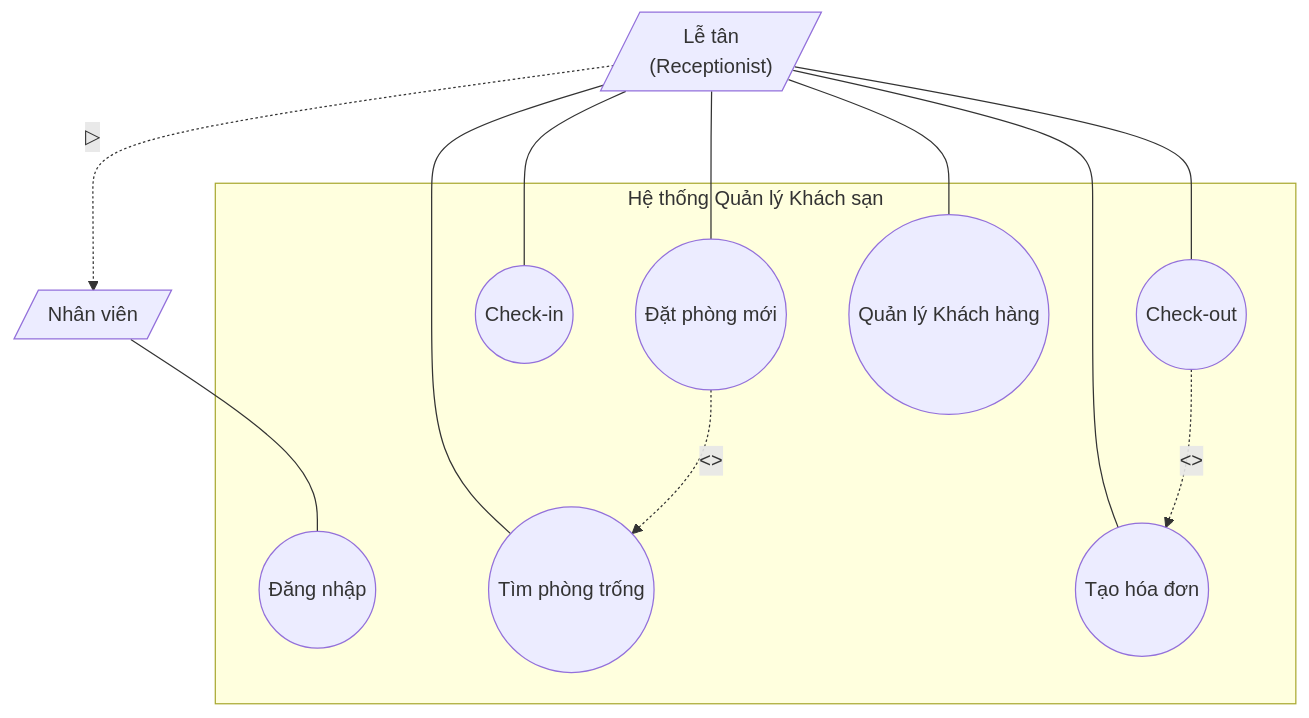
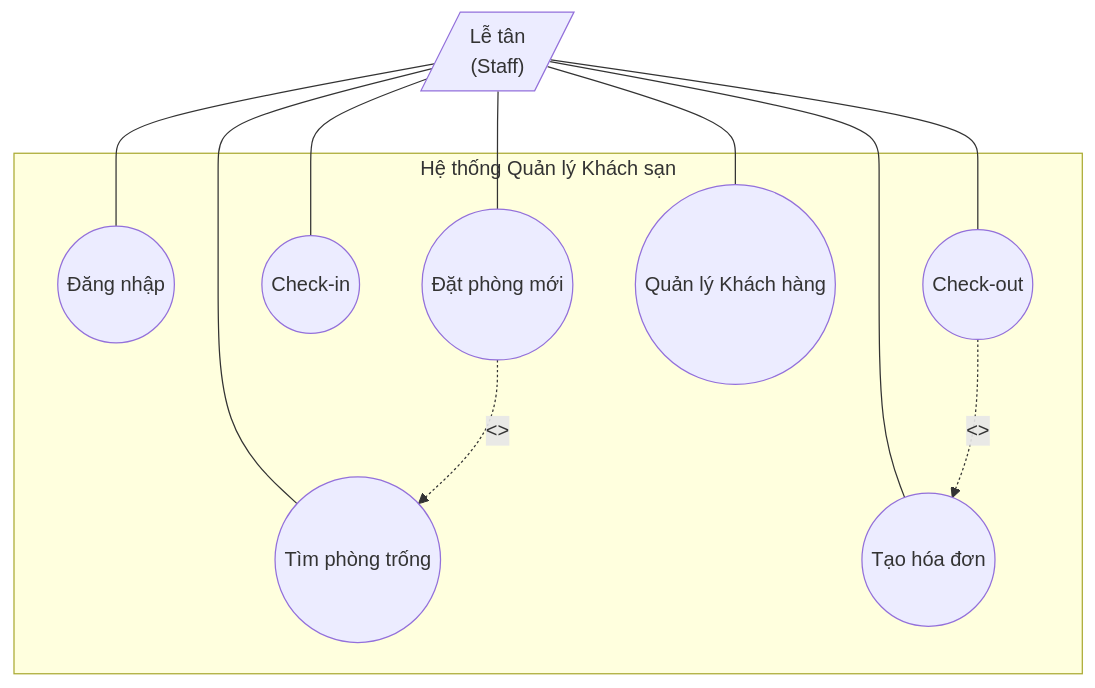
One commit to IvanLyVodka11/hotel-management changed the second of 11 diagrams in docs/BaoCao_HotelManagement.md. Above: the diagram before and after it, drawn with Mermaid. The commit also changed other lines of this file and 1 other file, not shown here.

````diff
--- a/docs/BaoCao_HotelManagement.md
+++ b/docs/BaoCao_HotelManagement.md
@@ -186,35 +171,29 @@
 ```mermaid
 flowchart TB
     subgraph System["Hệ thống Quản lý Khách sạn"]
         UC1((Đăng nhập))
         UC2((Tìm phòng trống))
         UC3((Đặt phòng mới))
         UC4((Check-in))
         UC5((Check-out))
         UC6((Tạo hóa đơn))
         UC7((Quản lý Khách hàng))
     end
     
-    %% Actor cha và con
-    NV[/"Nhân viên"/]
-    LT[/"Lễ tân<br/>(Receptionist)"/]
+    %% Actor Lễ tân (Role: STAFF)
+    LT[/"Lễ tân<br/>(Staff)"/]
     
-    %% Generalization
-    LT -.->|▷| NV
-    
-    %% Actor cha nối với Use Case chung
-    NV --- UC1
-    
-    %% Actor Lễ tân nối TRỰC TIẾP với từng Use Case (không có flow)
+    %% Lễ tân nối TRỰC TIẾP với tất cả Use Case
+    LT --- UC1
     LT --- UC2
     LT --- UC3
     LT --- UC4
     LT --- UC5
     LT --- UC6
     LT --- UC7
     
     %% Quan hệ Include (Đặt phòng include Tìm phòng trống)
     UC3 -.->|<<include>>| UC2
     %% Quan hệ Include (Check-out include Tạo hóa đơn)
     UC5 -.->|<<include>>| UC6
 ```
````
